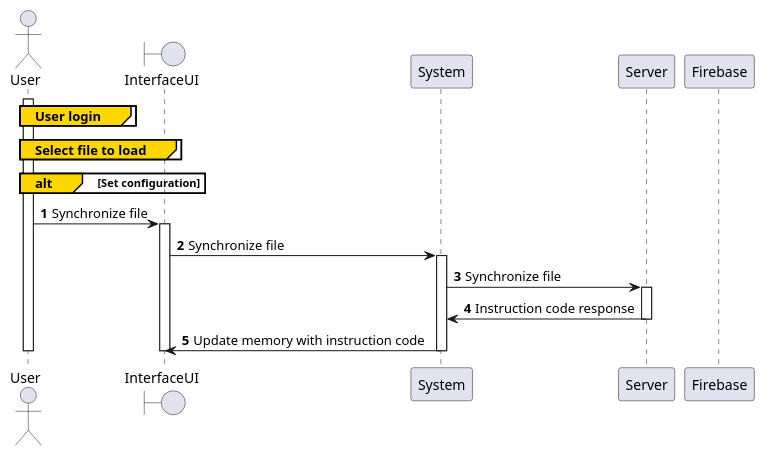
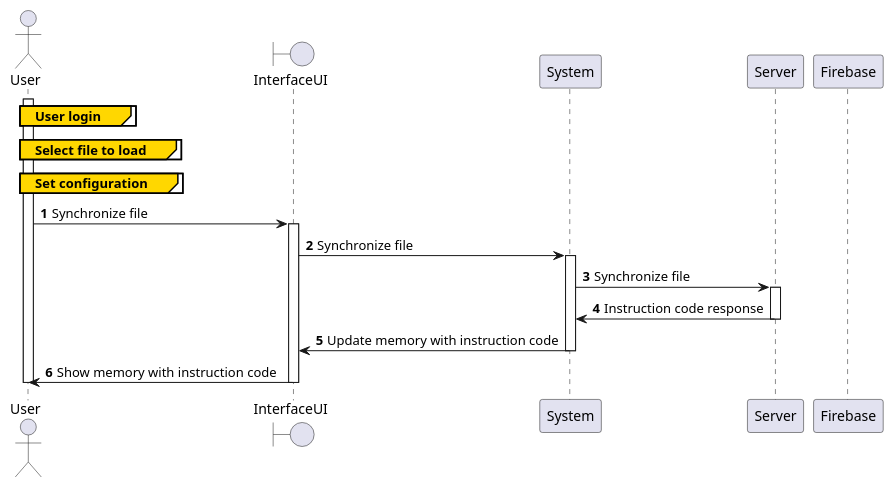
Before and after one commit to nonodev96/THUMDER: the diagram in UML/4.23.LoadSimulation.puml, drawn with PlantUML. The commit also changed 29 other files, not shown here.

```diff
--- a/UML/4.23.LoadSimulation.puml
+++ b/UML/4.23.LoadSimulation.puml
@@ -1,39 +1,41 @@
 @startuml
 'https://plantuml.com/sequence-diagram
 '!pragma teoz true &
 autonumber
 
 actor User
 boundary InterfaceUI
 participant System
 participant Server
 participant Firebase
 
 activate User
 group#Gold User login
 
 end
 group#Gold Select file to load
 
 end
-alt#Gold Set configuration
+group#Gold Set configuration
 
 end
 
 User -> InterfaceUI: Synchronize file
 activate InterfaceUI
 InterfaceUI -> System: Synchronize file
 activate System
 System -> Server: Synchronize file
 activate Server
 System <- Server: Instruction code response
 deactivate Server
 InterfaceUI <- System: Update memory with instruction code
 deactivate System
 
+User <- InterfaceUI: Show memory with instruction code
+
 
 
 deactivate InterfaceUI
 deactivate User
 
 @enduml
```
